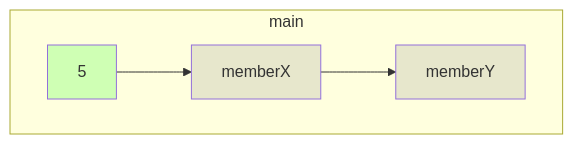
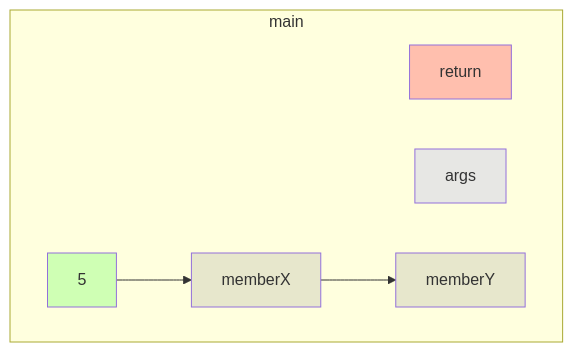
One commit to gstiebler/codeflow changed the diagram in app/src/test/resources/files/truth.md. Above: the diagram before and after it, drawn with Mermaid. The commit also changed 3 other files, not shown here.

````diff
--- a/app/src/test/resources/files/truth.md
+++ b/app/src/test/resources/files/truth.md
@@ -1,12 +1,17 @@
 ```mermaid
 flowchart TD
   subgraph main
+    194344622[return]:::RETURN
+    194344646[args]:::FUNC_PARAM
+    194344737[memberX]:::VARIABLE
+    194344749[5]:::LITERAL
+    194344760[memberY]:::VARIABLE
     194344737[memberX]:::VARIABLE --> 194344760[memberY]:::VARIABLE
     194344749[5]:::LITERAL --> 194344737[memberX]:::VARIABLE
   end
   classDef LITERAL fill:#00FF0030
   classDef VARIABLE fill:#80808030
   classDef BIN_OP fill:#80808080
   classDef FUNC_PARAM fill:#8080FF30
   classDef RETURN fill:#FF808080
 ```
````
